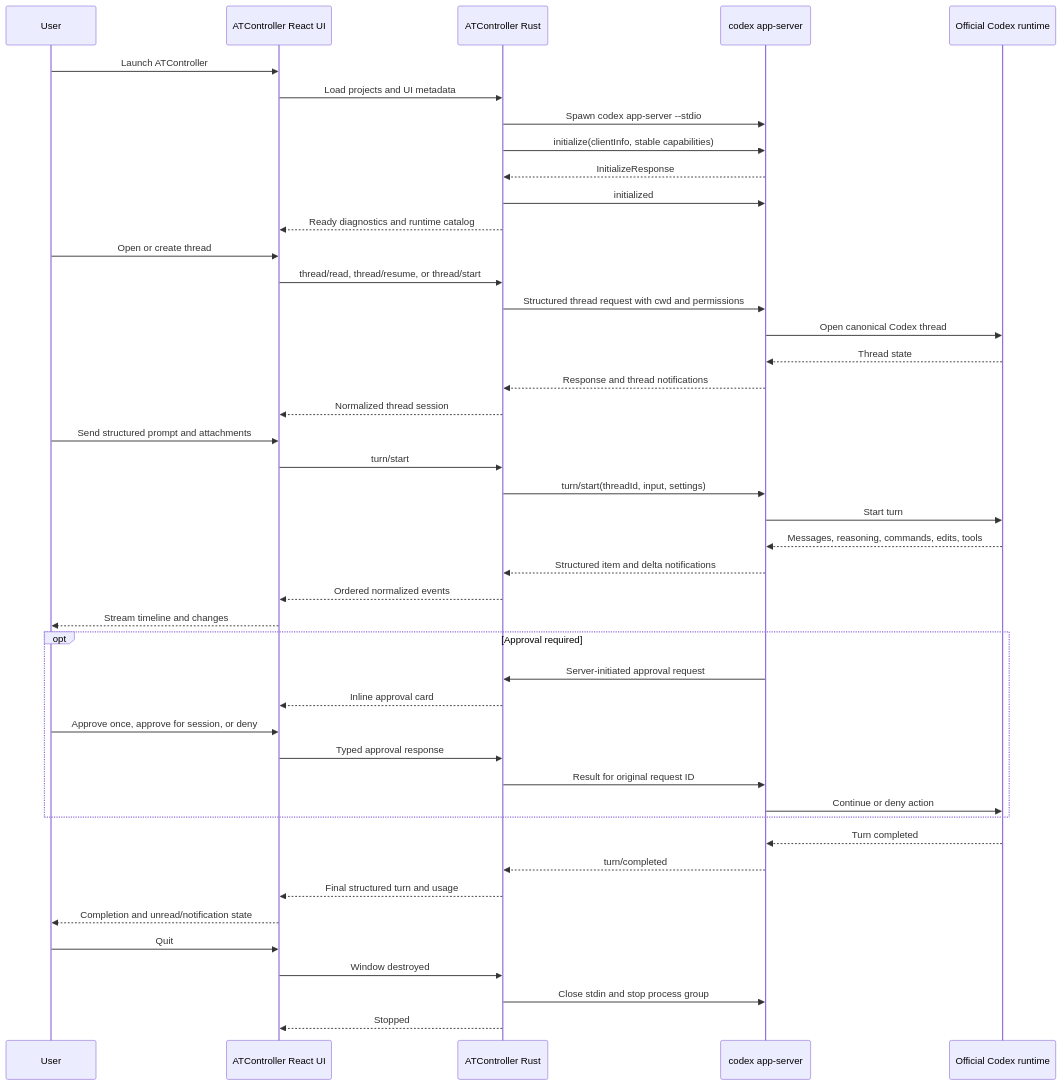
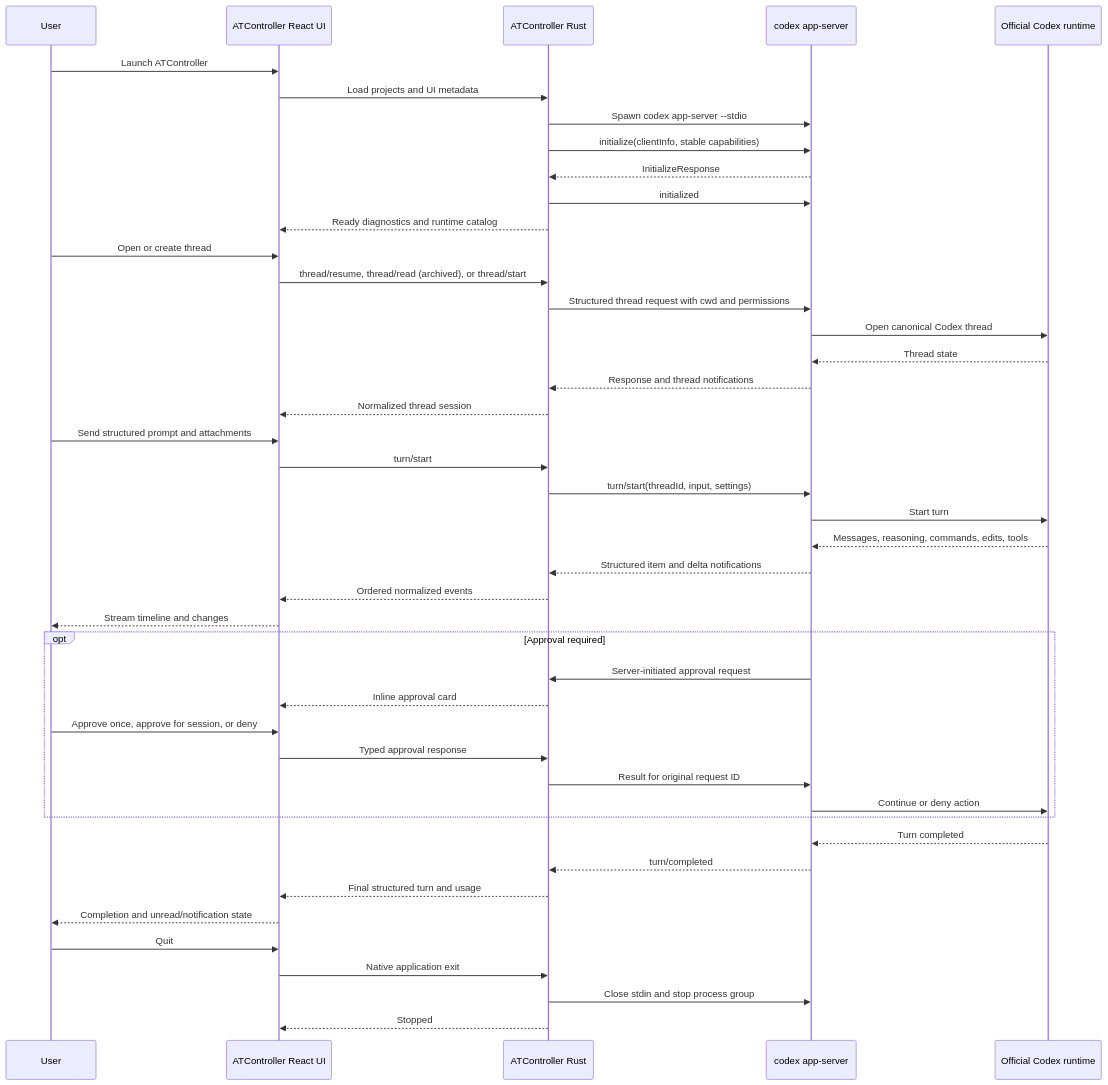
One commit to FuRyanf/ATController changed the diagram in technology.md. Above: the diagram before and after it, drawn with Mermaid. The commit also changed other lines of this file and 27 other files, not shown here.

````diff
--- a/technology.md
+++ b/technology.md
@@ -374,52 +379,52 @@
 ```mermaid
 sequenceDiagram
     participant User
     participant UI as ATController React UI
     participant Rust as ATController Rust
     participant Server as codex app-server
     participant Runtime as Official Codex runtime
 
     User->>UI: Launch ATController
     UI->>Rust: Load projects and UI metadata
     Rust->>Server: Spawn codex app-server --stdio
     Rust->>Server: initialize(clientInfo, stable capabilities)
     Server-->>Rust: InitializeResponse
     Rust->>Server: initialized
     Rust-->>UI: Ready diagnostics and runtime catalog
 
     User->>UI: Open or create thread
-    UI->>Rust: thread/read, thread/resume, or thread/start
+    UI->>Rust: thread/resume, thread/read (archived), or thread/start
     Rust->>Server: Structured thread request with cwd and permissions
     Server->>Runtime: Open canonical Codex thread
     Runtime-->>Server: Thread state
     Server-->>Rust: Response and thread notifications
     Rust-->>UI: Normalized thread session
 
     User->>UI: Send structured prompt and attachments
     UI->>Rust: turn/start
     Rust->>Server: turn/start(threadId, input, settings)
     Server->>Runtime: Start turn
     Runtime-->>Server: Messages, reasoning, commands, edits, tools
     Server-->>Rust: Structured item and delta notifications
     Rust-->>UI: Ordered normalized events
     UI-->>User: Stream timeline and changes
 
     opt Approval required
         Server->>Rust: Server-initiated approval request
         Rust-->>UI: Inline approval card
         User->>UI: Approve once, approve for session, or deny
         UI->>Rust: Typed approval response
         Rust->>Server: Result for original request ID
         Server->>Runtime: Continue or deny action
     end
 
     Runtime-->>Server: Turn completed
     Server-->>Rust: turn/completed
     Rust-->>UI: Final structured turn and usage
     UI-->>User: Completion and unread/notification state
 
     User->>UI: Quit
-    UI->>Rust: Window destroyed
+    UI->>Rust: Native application exit
     Rust->>Server: Close stdin and stop process group
     Rust-->>UI: Stopped
 ```
````
